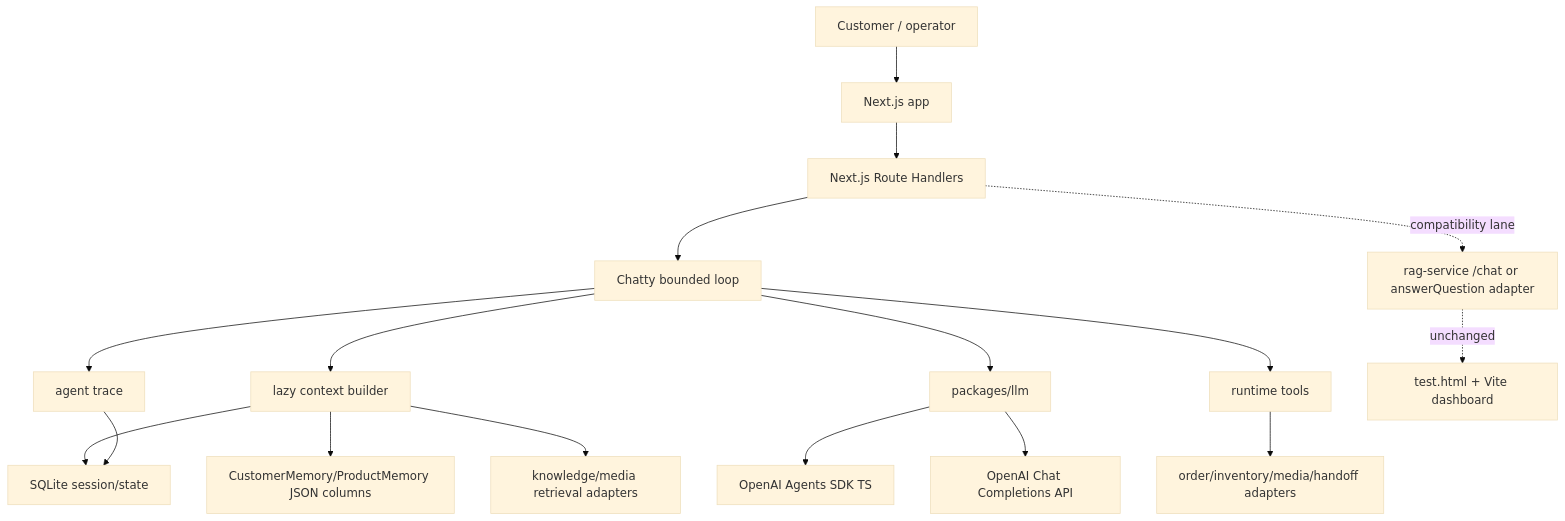
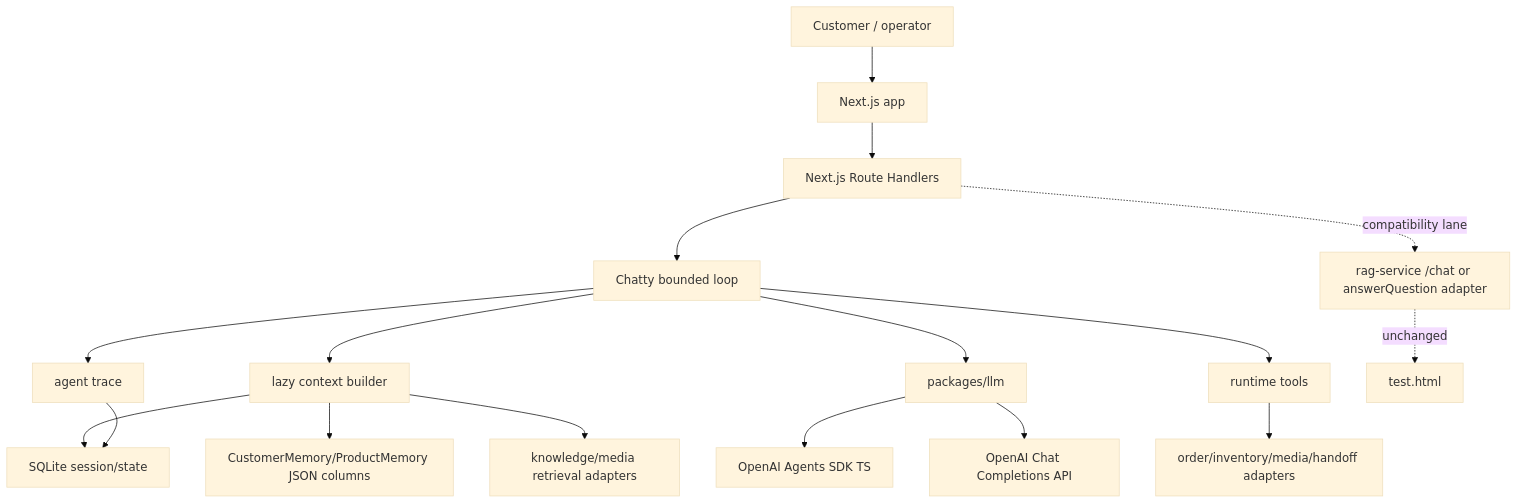
The first of 6 diagrams in docs/loop-engineering-plan.md (ImWenyaoT/chatty), drawn with Mermaid (base theme) before and after one commit. The commit also changed other lines of this file and 6 other files, not shown here.

````diff
--- a/docs/loop-engineering-plan.md
+++ b/docs/loop-engineering-plan.md
@@ -74,19 +51,19 @@
 ```mermaid
 flowchart TD
   USER["Customer / operator"] --> WEB["Next.js app"]
   WEB --> ROUTE["Next.js Route Handlers"]
   ROUTE --> LOOP["Chatty bounded loop"]
   LOOP --> CTX["lazy context builder"]
   CTX --> SQLITE["SQLite session/state"]
   CTX --> MEMORY["CustomerMemory/ProductMemory JSON columns"]
   CTX --> KNOW["knowledge/media retrieval adapters"]
   LOOP --> LLM["packages/llm"]
   LLM --> AGENTS["OpenAI Agents SDK TS"]
   LLM --> CHAT["OpenAI Chat Completions API"]
   LOOP --> TOOLS["runtime tools"]
   TOOLS --> ORDER["order/inventory/media/handoff adapters"]
   LOOP --> TRACE["agent trace"]
   TRACE --> SQLITE
   ROUTE -. "compatibility lane" .-> LEGACY["rag-service /chat or answerQuestion adapter"]
-  LEGACY -. "unchanged" .-> OLDUI["test.html + Vite dashboard"]
+  LEGACY -. "unchanged" .-> OLDUI["test.html"]
 ```
````
